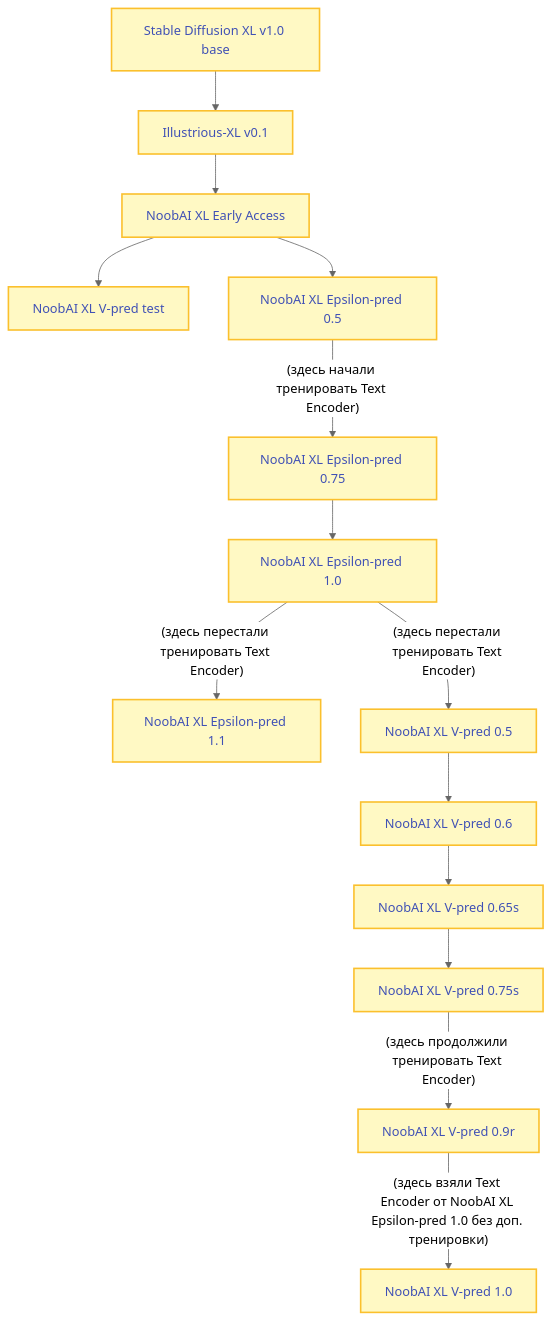
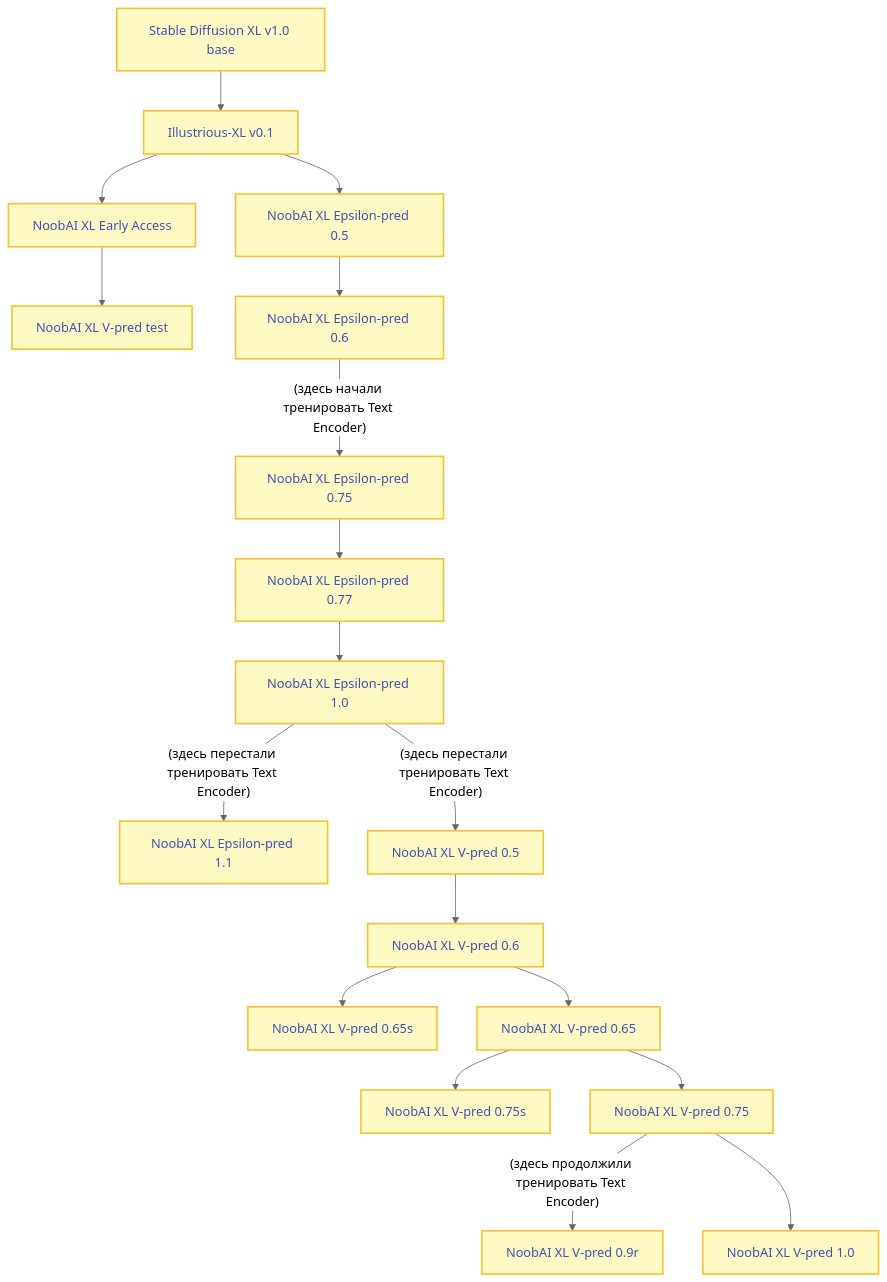
The fourth of 5 diagrams in docs/nai/models/stable-diffusion-xl.md (2ch-ai/wiki), drawn with Mermaid (neutral theme) before and after one commit. The commit also changed other lines of this file, not shown here.

Commit message:
fixed mistakes for NoobXL-tree and added intermediate checkpoints

````diff
--- a/docs/nai/models/stable-diffusion-xl.md
+++ b/docs/nai/models/stable-diffusion-xl.md
@@ -293,54 +291,66 @@
 ``` mermaid
 flowchart TD
 
 %% Nodes
 SDXL["Stable Diffusion XL v1.0 base"]
 Illustrious_v0.1["Illustrious-XL v0.1"]
 Noob_early_access["NoobAI XL Early Access"]
 Noob_vpred_test["NoobAI XL V-pred test"]
 Noob_eps_v0.5["NoobAI XL Epsilon-pred 0.5"]
+Noob_eps_v0.6["NoobAI XL Epsilon-pred 0.6"]
 Noob_eps_v0.75["NoobAI XL Epsilon-pred 0.75"]
+Noob_eps_v0.77["NoobAI XL Epsilon-pred 0.77"]
 Noob_eps_v1.0["NoobAI XL Epsilon-pred 1.0"]
 Noob_eps_v1.1["NoobAI XL Epsilon-pred 1.1"]
 Noob_vpred_v0.5["NoobAI XL V-pred 0.5"]
 Noob_vpred_v0.6["NoobAI XL V-pred 0.6"]
 Noob_vpred_v0.65s["NoobAI XL V-pred 0.65s"]
+Noob_vpred_v0.65["NoobAI XL V-pred 0.65"]
 Noob_vpred_v0.75s["NoobAI XL V-pred 0.75s"]
+Noob_vpred_v0.75["NoobAI XL V-pred 0.75"]
 Noob_vpred_v0.9r["NoobAI XL V-pred 0.9r"]
 Noob_vpred_v1.0["NoobAI XL V-pred 1.0"]
 
 %% Relationships between models
 SDXL -->  Illustrious_v0.1
 Illustrious_v0.1 --> Noob_early_access
-Noob_early_access --> Noob_eps_v0.5
+Illustrious_v0.1 --> Noob_eps_v0.5
 Noob_early_access --> Noob_vpred_test
-Noob_eps_v0.5 --(здесь начали тренировать Text Encoder)--> Noob_eps_v0.75
-Noob_eps_v0.75 --> Noob_eps_v1.0
+Noob_eps_v0.5 --> Noob_eps_v0.6
+Noob_eps_v0.6 --(здесь начали тренировать Text Encoder)--> Noob_eps_v0.75
+Noob_eps_v0.75 --> Noob_eps_v0.77
+Noob_eps_v0.77 --> Noob_eps_v1.0
 Noob_eps_v1.0 --(здесь перестали тренировать Text Encoder)--> Noob_eps_v1.1
 Noob_eps_v1.0 --(здесь перестали тренировать Text Encoder)--> Noob_vpred_v0.5
 Noob_vpred_v0.5 --> Noob_vpred_v0.6
+Noob_vpred_v0.6 --> Noob_vpred_v0.65
 Noob_vpred_v0.6 --> Noob_vpred_v0.65s
-Noob_vpred_v0.65s --> Noob_vpred_v0.75s
-Noob_vpred_v0.75s --(здесь продолжили тренировать Text Encoder)--> Noob_vpred_v0.9r
-Noob_vpred_v0.9r --(здесь взяли Text Encoder от NoobAI XL Epsilon-pred 1.0 без доп. тренировки)--> Noob_vpred_v1.0
+Noob_vpred_v0.65 --> Noob_vpred_v0.75
+Noob_vpred_v0.65 --> Noob_vpred_v0.75s
+Noob_vpred_v0.75 --(здесь продолжили тренировать Text Encoder)--> Noob_vpred_v0.9r
+Noob_vpred_v0.75 --> Noob_vpred_v1.0
 
 %% Clickable links
 click SDXL "https://huggingface.co/stabilityai/stable-diffusion-xl-base-1.0"
 click Illustrious_v0.1 "https://civitai.com/models/795765/illustrious-xl"
 click Noob_early_access "https://civitai.com/models/833294?modelVersionId=932238"
 click Noob_vpred_test "https://civitai.com/models/833294?modelVersionId=962003"
 click Noob_eps_v0.5 "https://civitai.com/models/833294?modelVersionId=968495"
+click Noob_eps_v0.6 "https://huggingface.co/Laxhar/noobai-XL-0.6"
 click Noob_eps_v0.75 "https://civitai.com/models/833294?modelVersionId=998979"
+click Noob_eps_v0.77 "https://huggingface.co/Laxhar/noobai-XL-0.77"
 click Noob_eps_v1.0 "https://civitai.com/models/833294?modelVersionId=1022833"
 click Noob_eps_v1.1 "https://civitai.com/models/833294?modelVersionId=1116447"
 click Noob_vpred_v0.5 "https://civitai.com/models/833294?modelVersionId=1046043"
 click Noob_vpred_v0.6 "https://civitai.com/models/833294?modelVersionId=1070239"
+click Noob_vpred_v0.65 "https://huggingface.co/Laxhar/noobai-XL-Vpred-0.65"
 click Noob_vpred_v0.65s "https://civitai.com/models/833294?modelVersionId=1093948"
+click Noob_vpred_v0.75 "https://huggingface.co/Laxhar/noobai-XL-Vpred-0.75"
 click Noob_vpred_v0.75s "https://civitai.com/models/833294?modelVersionId=1140829"
 click Noob_vpred_v0.9r "https://civitai.com/models/833294?modelVersionId=1165792"
 click Noob_vpred_v1.0 "https://civitai.com/models/833294?modelVersionId=1190596"
 
 %% Styling
 classDef link fill:#FFF9C4,stroke:#FBC02D,stroke-width:2px,color:#4051b5;
-class SDXL,Illustrious_v0.1,Noob_early_access,Noob_vpred_test,Noob_eps_v0.5,Noob_eps_v0.75,Noob_eps_v1.0,Noob_eps_v1.1,Noob_vpred_v0.5,Noob_vpred_v0.6,Noob_vpred_v0.65s,Noob_vpred_v0.75s,Noob_vpred_v0.9r,Noob_vpred_v1.0 link;
+class SDXL,Illustrious_v0.1,Noob_early_access,Noob_vpred_test,Noob_eps_v0.5,Noob_eps_v0.6,Noob_eps_v0.75,Noob_eps_v0.77,Noob_eps_v1.0,Noob_eps_v1.1,Noob_vpred_v0.5,Noob_vpred_v0.6,Noob_vpred_v0.65,Noob_vpred_v0.65s,Noob_vpred_v0.75,Noob_vpred_v0.75s,Noob_vpred_v0.9r,Noob_vpred_v1.0 link;
 ```
````
